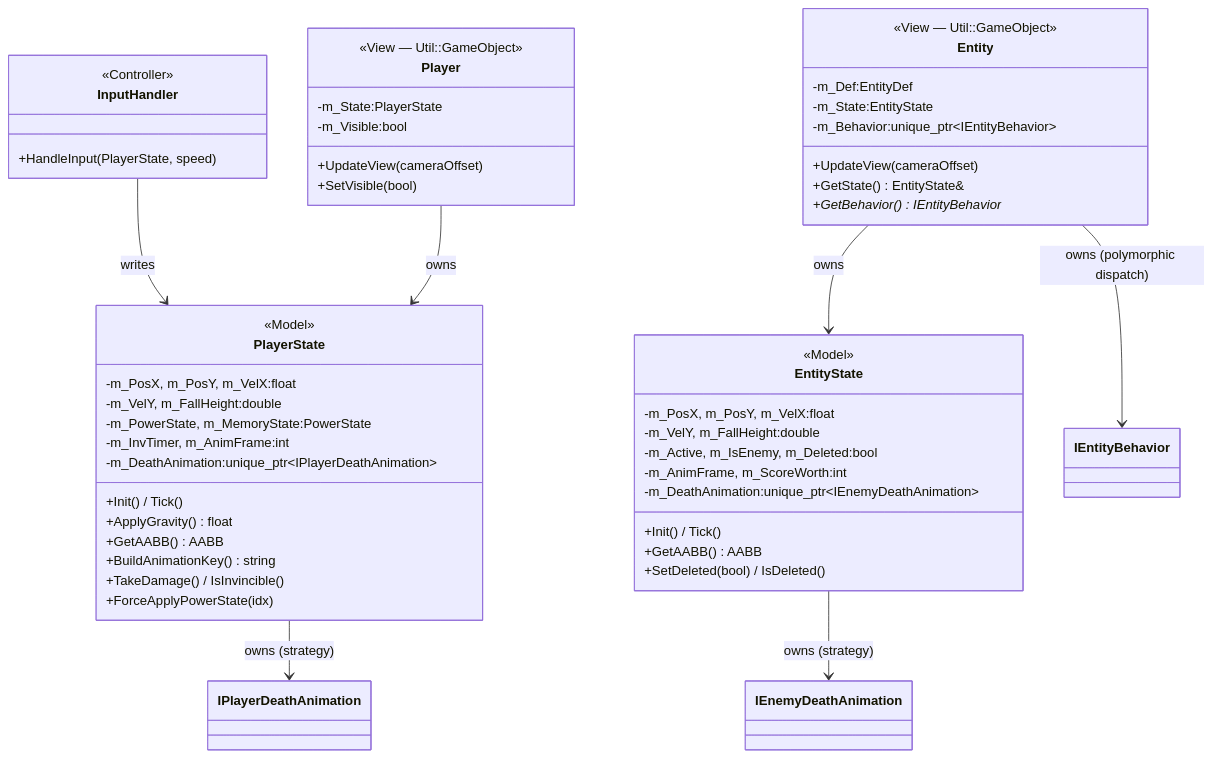
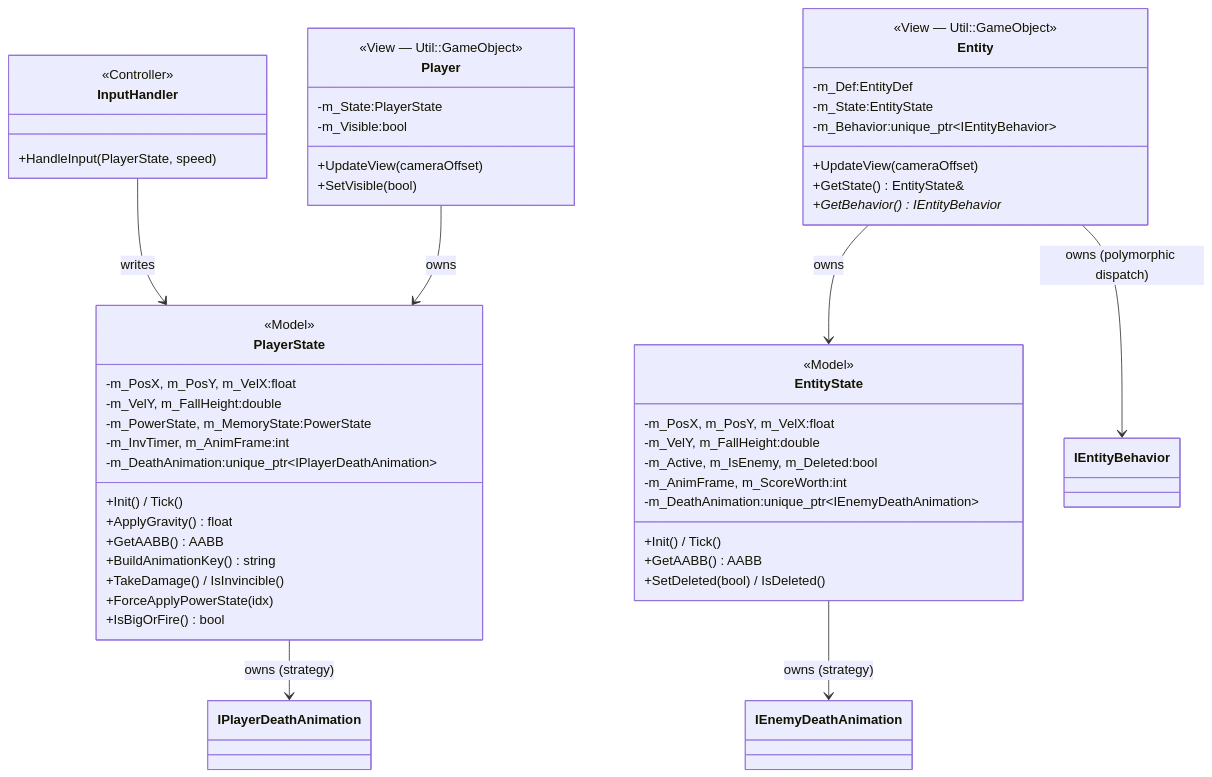
The eighth of 9 diagrams in Constructure.md (Andy87877/NTUT_OOPL_mario), drawn with Mermaid before and after one commit. The commit also changed other lines of this file and 13 other files, not shown here.

````diff
--- a/Constructure.md
+++ b/Constructure.md
@@ -455,62 +455,63 @@
 ```mermaid
 classDiagram
     direction TB
 
     class PlayerState {
         <<Model>>
         -m_PosX, m_PosY, m_VelX:float
         -m_VelY, m_FallHeight:double
         -m_PowerState, m_MemoryState:PowerState
         -m_InvTimer, m_AnimFrame:int
         -m_DeathAnimation:unique_ptr~IPlayerDeathAnimation~
         +Init() / Tick()
         +ApplyGravity() float
         +GetAABB() AABB
         +BuildAnimationKey() string
         +TakeDamage() / IsInvincible()
         +ForceApplyPowerState(idx)
+        +IsBigOrFire() bool
     }
 
     class Player {
         <<View — Util::GameObject>>
         -m_State:PlayerState
         -m_Visible:bool
         +UpdateView(cameraOffset)
         +SetVisible(bool)
     }
 
     class InputHandler {
         <<Controller>>
         +HandleInput(PlayerState, speed)
     }
 
     class EntityState {
         <<Model>>
         -m_PosX, m_PosY, m_VelX:float
         -m_VelY, m_FallHeight:double
         -m_Active, m_IsEnemy, m_Deleted:bool
         -m_AnimFrame, m_ScoreWorth:int
         -m_DeathAnimation:unique_ptr~IEnemyDeathAnimation~
         +Init() / Tick()
         +GetAABB() AABB
         +SetDeleted(bool) / IsDeleted()
     }
 
     class Entity {
         <<View — Util::GameObject>>
         -m_Def:EntityDef
         -m_State:EntityState
         -m_Behavior:unique_ptr~IEntityBehavior~
         +UpdateView(cameraOffset)
         +GetState() EntityState&
         +GetBehavior() IEntityBehavior*
     }
 
     InputHandler --> PlayerState : writes
     Player --> PlayerState : owns
     PlayerState --> IPlayerDeathAnimation : owns (strategy)
 
     Entity --> EntityState : owns
     EntityState --> IEnemyDeathAnimation : owns (strategy)
     Entity --> IEntityBehavior : owns (polymorphic dispatch)
 ```
````
